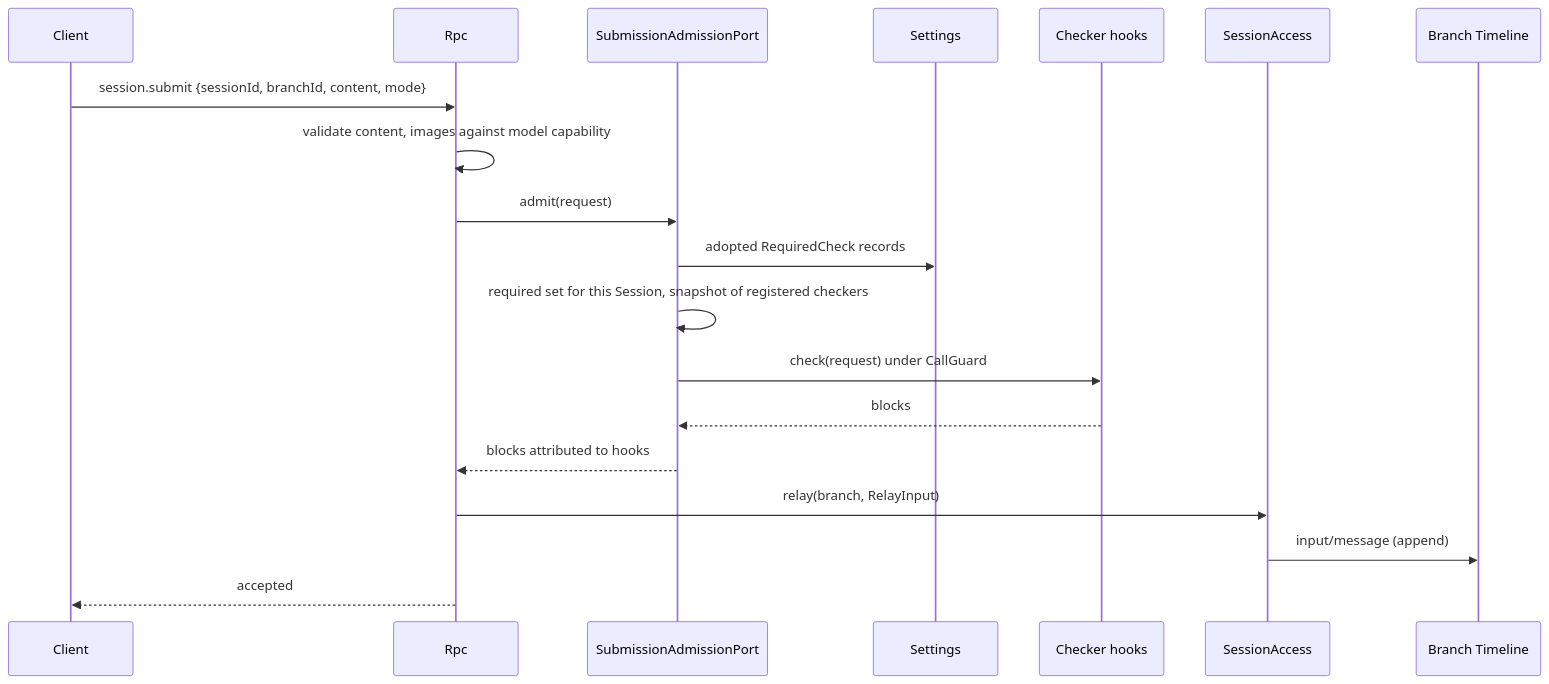
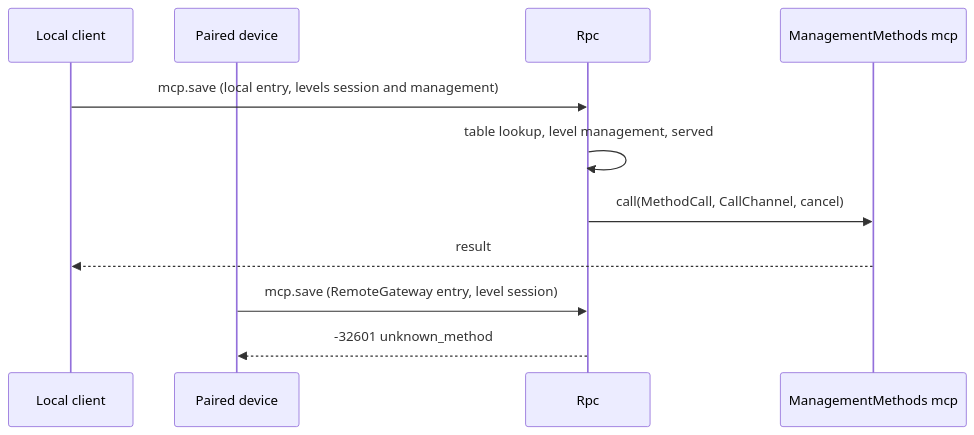
Before and after one commit to CoutinhoTTS/dim-agent: the third of 4 diagrams in docs/design/contracts/session-boundary.md, drawn with Mermaid. The commit also changed other lines of this file and 16 other files, not shown here.

````diff
--- a/docs/design/contracts/session-boundary.md
+++ b/docs/design/contracts/session-boundary.md
@@ -100,21 +88,13 @@
 ```mermaid
 sequenceDiagram
-  participant CL as Client
-  participant Rpc as Rpc
-  participant P as SubmissionAdmissionPort
-  participant S as Settings
-  participant H as Checker hooks
-  participant SA as SessionAccess
-  participant TL as Branch Timeline
-  CL->>Rpc: session.submit {sessionId, branchId, content, mode}
-  Rpc->>Rpc: validate content, images against model capability
-  Rpc->>P: admit(request)
-  P->>S: adopted RequiredCheck records
-  P->>P: required set for this Session, snapshot of registered checkers
-  P->>H: check(request) under CallGuard
-  H-->>P: blocks
-  P-->>Rpc: blocks attributed to hooks
-  Rpc->>SA: relay(branch, RelayInput)
-  SA->>TL: input/message (append)
-  Rpc-->>CL: accepted
+  participant L as Local client
+  participant D as Paired device
+  participant R as Rpc
+  participant P as ManagementMethods mcp
+  L->>R: mcp.save (local entry, levels session and management)
+  R->>R: table lookup, level management, served
+  R->>P: call(MethodCall, CallChannel, cancel)
+  P-->>L: result
+  D->>R: mcp.save (RemoteGateway entry, level session)
+  R-->>D: -32601 unknown_method
 ```
````
